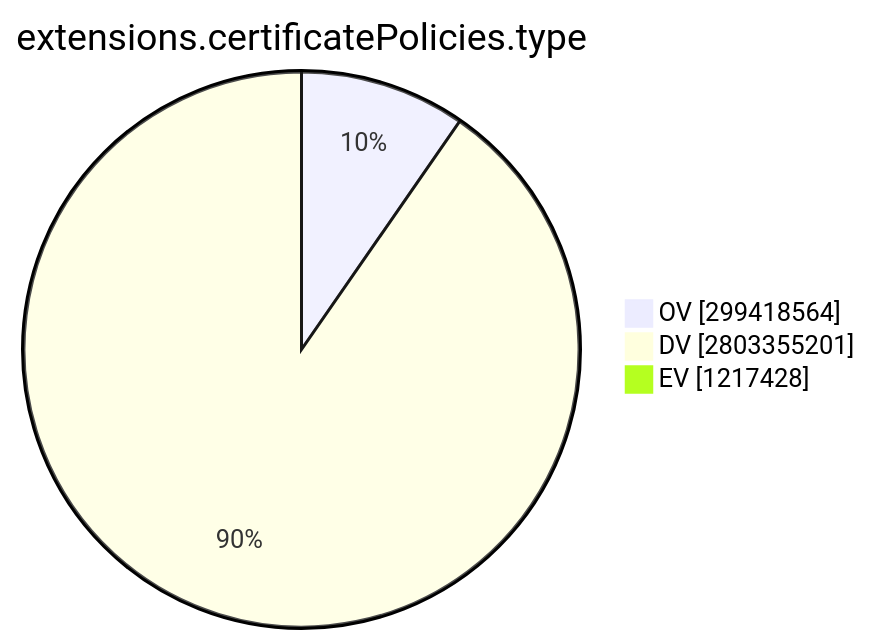
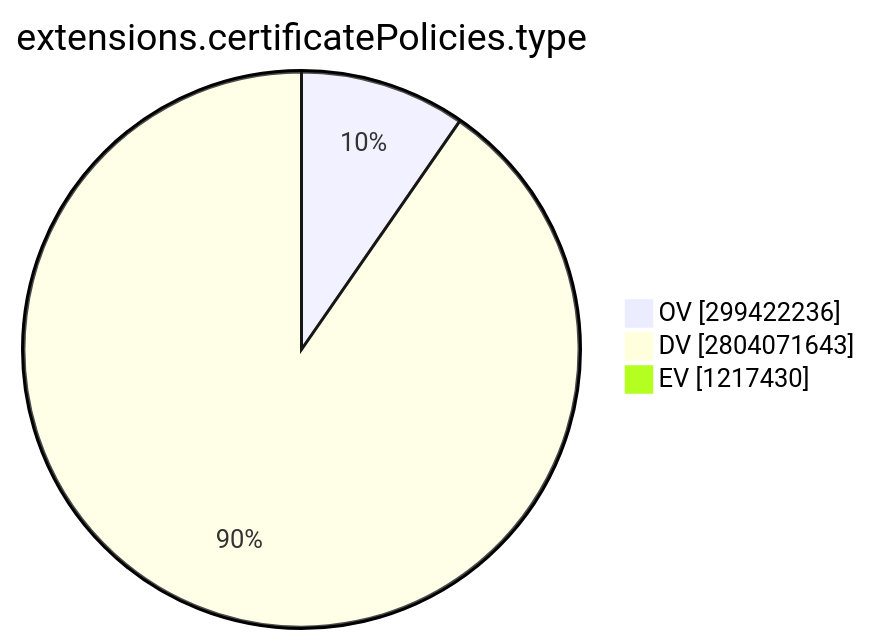
Before and after one commit to christiankrug/ctmonitor_visualization: the ninth of 15 diagrams in TOTAL/README.md, drawn with Mermaid. The commit also changed other lines of this file, not shown here.

````diff
--- a/TOTAL/README.md
+++ b/TOTAL/README.md
@@ -3101,7 +3101,7 @@
 ```mermaid
 pie showData
 title extensions.certificatePolicies.type
-"OV" :299418564
-"DV" :2803355201
-"EV" :1217428
+"OV" :299422236
+"DV" :2804071643
+"EV" :1217430
 ```
````
